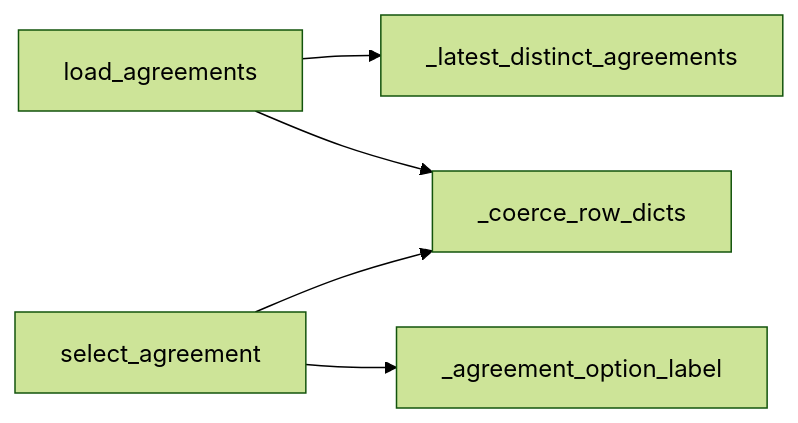
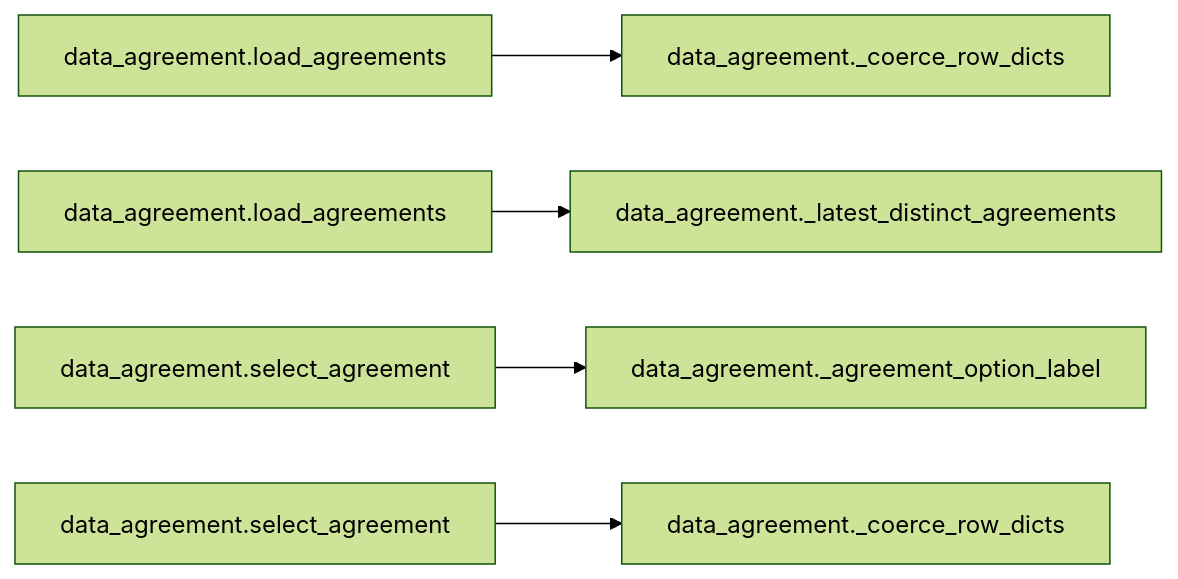
The first of 2 diagrams in docs/api/modules/data_agreement.md (Voycepeh/FabricOps-Starter-Kit), drawn with Mermaid (forest theme) before and after one commit. The commit also changed other lines of this file and 14 other files, not shown here.

Commit message:
Polish dependency graph rendering and module docs UX

````diff
--- a/docs/api/modules/data_agreement.md
+++ b/docs/api/modules/data_agreement.md
@@ -37,7 +35,7 @@
 ```mermaid
 flowchart LR
-  load_agreements --> _latest_distinct_agreements
-  load_agreements --> _coerce_row_dicts
-  select_agreement --> _coerce_row_dicts
-  select_agreement --> _agreement_option_label
+  n1["data_agreement.load_agreements"] --> n1b["data_agreement._coerce_row_dicts"]
+  n2["data_agreement.load_agreements"] --> n2b["data_agreement._latest_distinct_agreements"]
+  n3["data_agreement.select_agreement"] --> n3b["data_agreement._agreement_option_label"]
+  n4["data_agreement.select_agreement"] --> n4b["data_agreement._coerce_row_dicts"]
 ```
````
